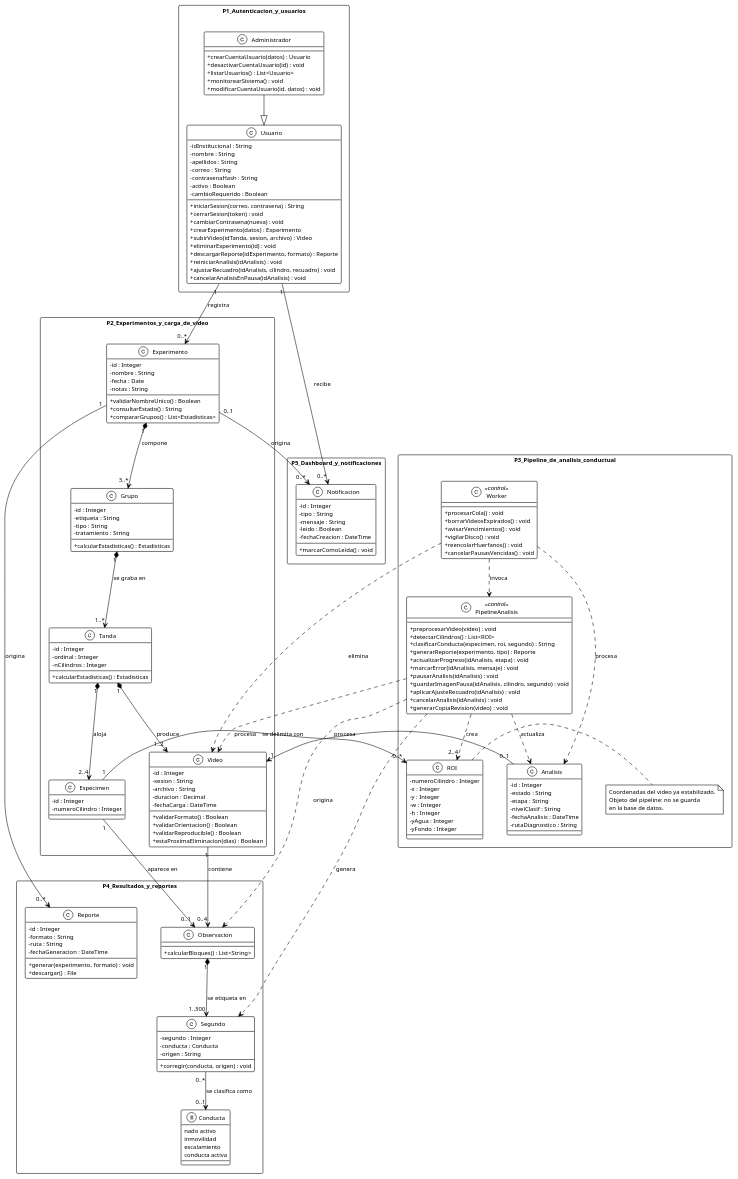
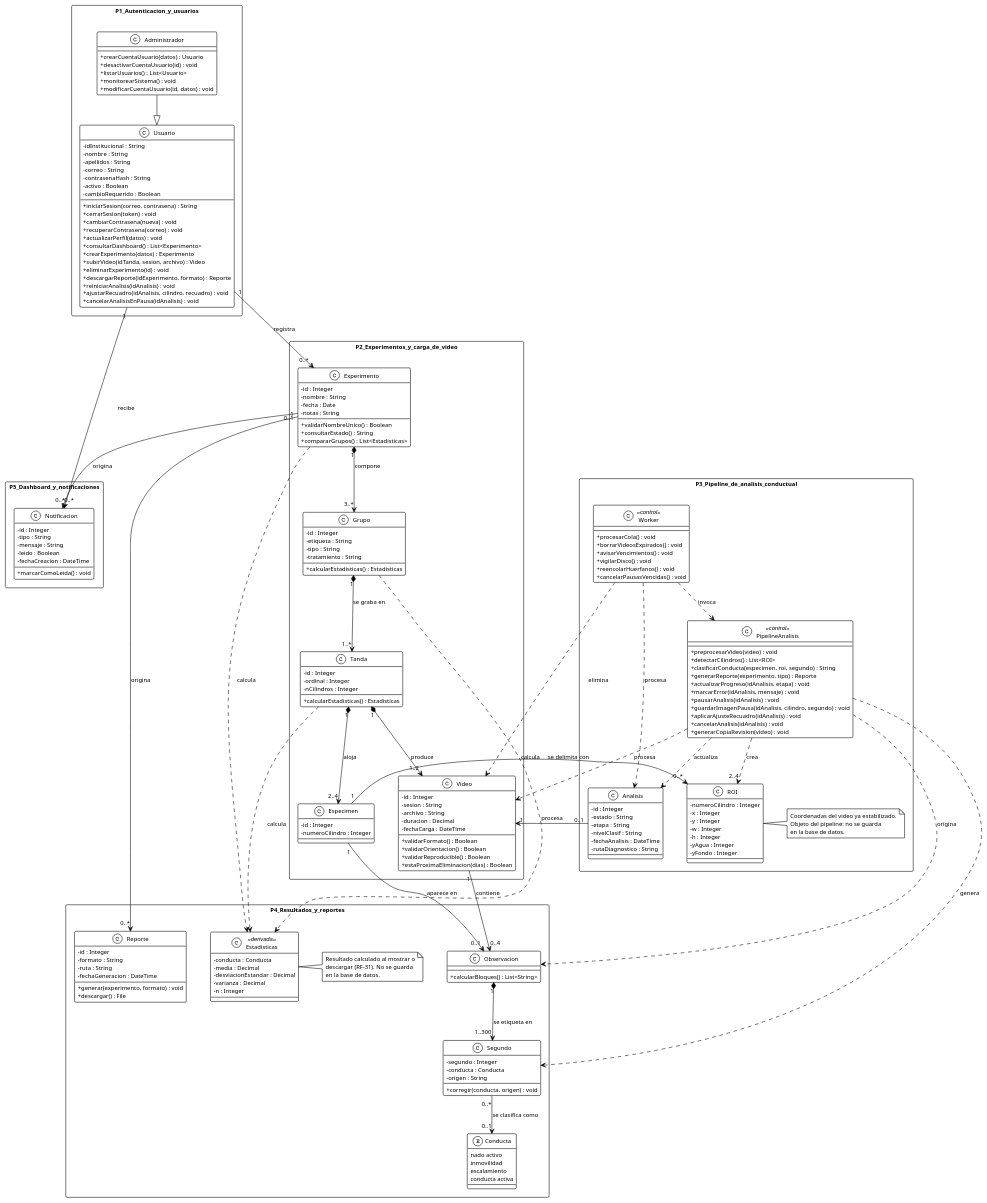
Before and after one commit to ErickJester/fst-ai-system-latex: the diagram in diagramas/clases.puml, drawn with PlantUML. The commit also changed 30 other files, not shown here.

```diff
--- a/diagramas/clases.puml
+++ b/diagramas/clases.puml
@@ -22,6 +22,9 @@
     +iniciarSesion(correo, contrasena) : String
     +cerrarSesion(token) : void
     +cambiarContrasena(nueva) : void
+    +recuperarContrasena(correo) : void
+    +actualizarPerfil(datos) : void
+    +consultarDashboard() : List<Experimento>
     +crearExperimento(datos) : Experimento
     +subirVideo(idTanda, sesion, archivo) : Video
     +eliminarExperimento(id) : void
@@ -137,6 +140,19 @@
 
 package P4_Resultados_y_reportes {
 
+  class Estadisticas <<derivada>> {
+    -conducta : Conducta
+    -media : Decimal
+    -desviacionEstandar : Decimal
+    -varianza : Decimal
+    -n : Integer
+  }
+  note right of Estadisticas
+    Resultado calculado al mostrar o
+    descargar (RF-31). No se guarda
+    en la base de datos.
+  end note
+
   class Observacion {
     +calcularBloques() : List<String>
   }
@@ -209,6 +225,9 @@
 Segundo "0..*" --> "0..1" Conducta : "se clasifica como"
 
 Experimento "1"    --> "0..*" Reporte      : origina
+Experimento ..> Estadisticas : calcula
+Grupo       ..> Estadisticas : calcula
+Tanda       ..> Estadisticas : calcula
 Experimento "0..1" --> "0..*" Notificacion : origina
 
 @enduml
```
